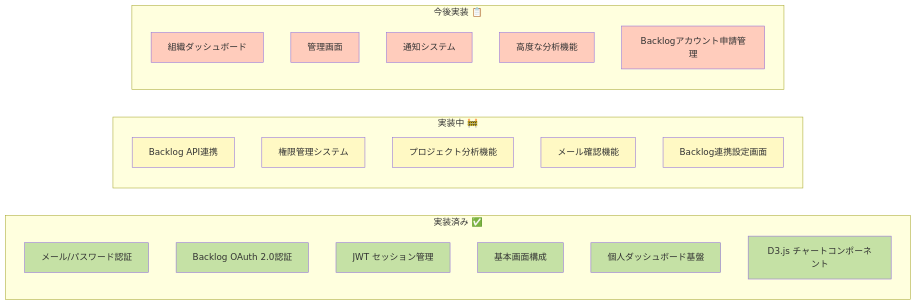
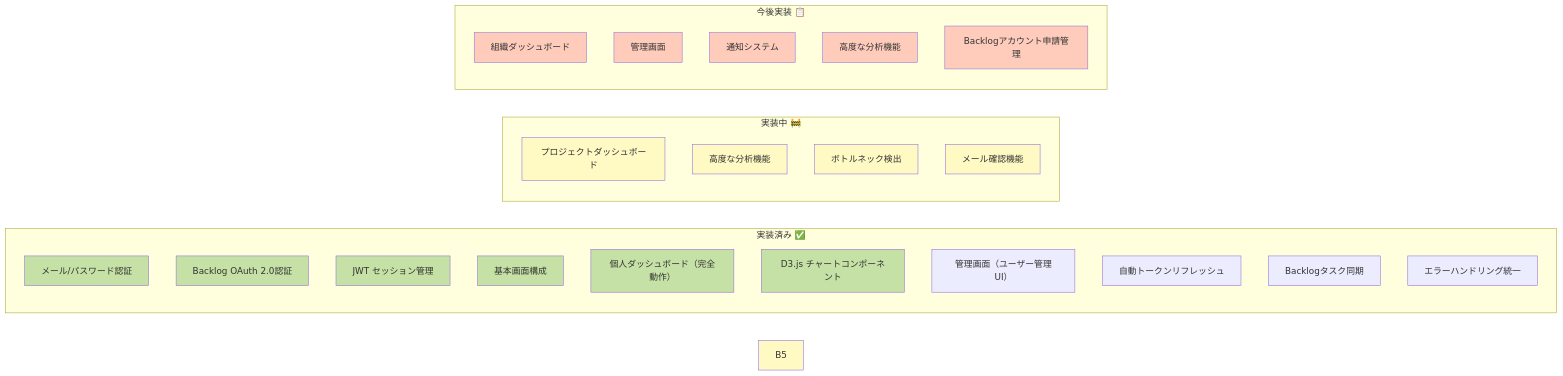
Before and after one commit to rasshii/team-insight: the second of 13 diagrams in Doc/mvp.md, drawn with Mermaid. The commit also changed other lines of this file and 36 other files, not shown here.

````diff
--- a/Doc/mvp.md
+++ b/Doc/mvp.md
@@ -36,44 +162,47 @@
 ```mermaid
 graph LR
     subgraph "実装済み ✅"
         A1[メール/パスワード認証]
         A2[Backlog OAuth 2.0認証]
         A3[JWT セッション管理]
         A4[基本画面構成]
-        A5[個人ダッシュボード基盤]
+        A5[個人ダッシュボード（完全動作）]
         A6[D3.js チャートコンポーネント]
+        A7[管理画面（ユーザー管理UI）]
+        A8[自動トークンリフレッシュ]
+        A9[Backlogタスク同期]
+        A10[エラーハンドリング統一]
     end
 
     subgraph "実装中 🚧"
-        B1[Backlog API連携]
-        B2[権限管理システム]
-        B3[プロジェクト分析機能]
+        B1[プロジェクトダッシュボード]
+        B2[高度な分析機能]
+        B3[ボトルネック検出]
         B4[メール確認機能]
-        B5[Backlog連携設定画面]
     end
 
     subgraph "今後実装 📋"
         C1[組織ダッシュボード]
         C2[管理画面]
         C3[通知システム]
         C4[高度な分析機能]
         C5[Backlogアカウント申請管理]
     end
 
     style A1 fill:#c5e1a5
     style A2 fill:#c5e1a5
     style A3 fill:#c5e1a5
     style A4 fill:#c5e1a5
     style A5 fill:#c5e1a5
     style A6 fill:#c5e1a5
     style B1 fill:#fff9c4
     style B2 fill:#fff9c4
     style B3 fill:#fff9c4
     style B4 fill:#fff9c4
     style B5 fill:#fff9c4
     style C1 fill:#ffccbc
     style C2 fill:#ffccbc
     style C3 fill:#ffccbc
     style C4 fill:#ffccbc
     style C5 fill:#ffccbc
 ```
````
